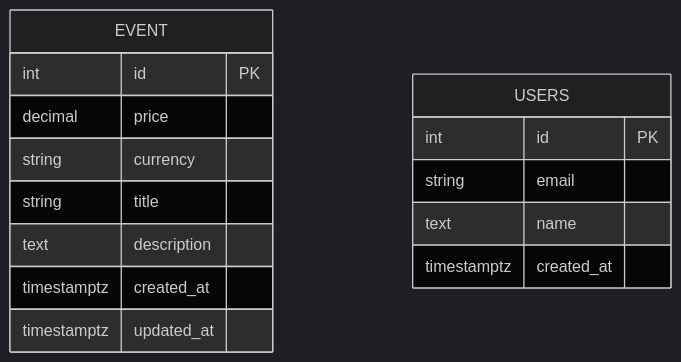
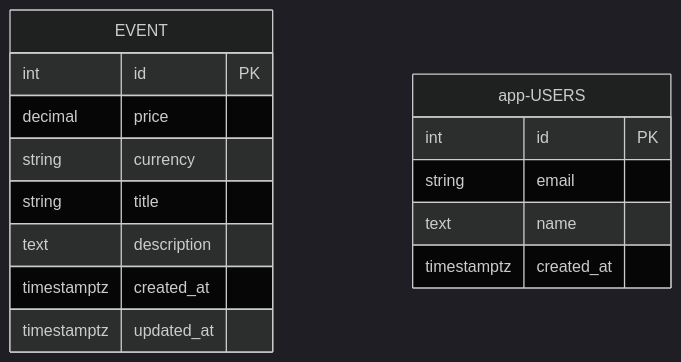
The diagram in database/readme.md (ftshn84/event-startup), drawn with Mermaid (dark theme) before and after one commit. The commit also changed 1 other file, not shown here.

Commit message:
Rename USERS entity to app-USERS in README and add users migration file

````diff
--- a/database/readme.md
+++ b/database/readme.md
@@ -4,21 +4,21 @@
 ```mermaid
 erDiagram
     EVENT {
         int id PK
         decimal price
         string currency
         string title
         text description
         timestamptz created_at
         timestamptz updated_at
     }
 
 
- USERS {
+ app-USERS {
         int id PK
         string email
         text name
         timestamptz created_at
     }
 
 ```
````
